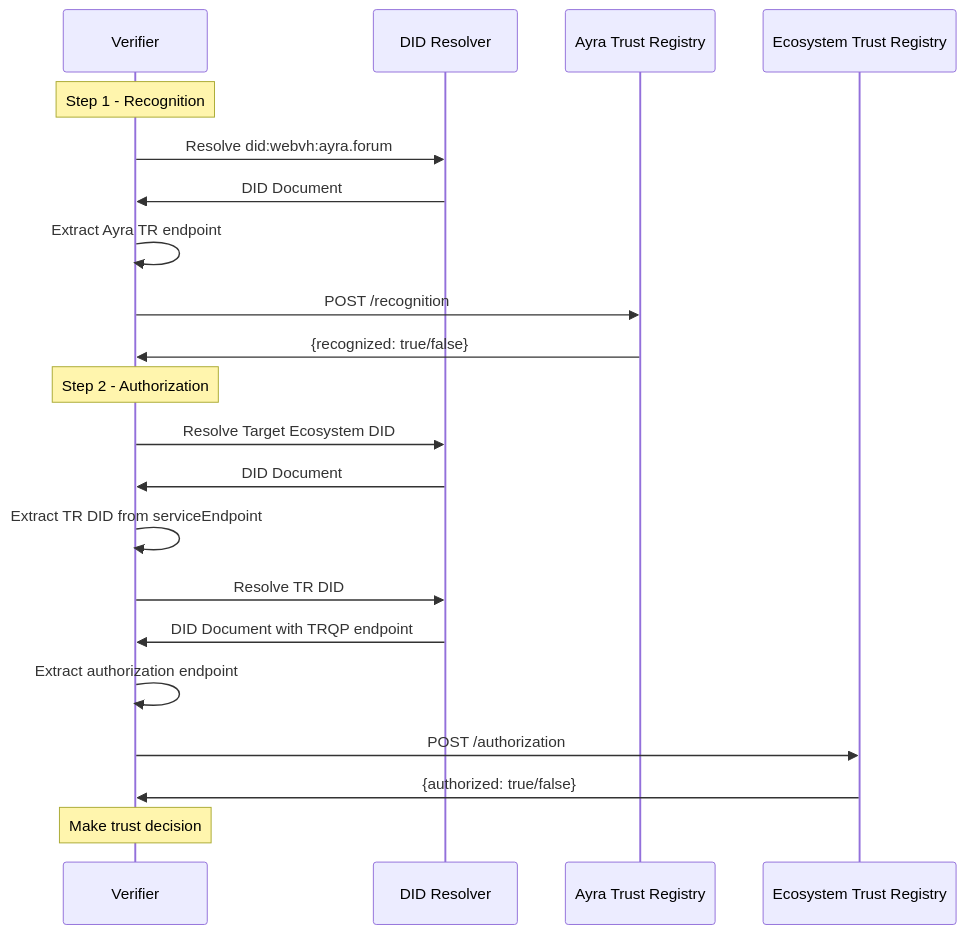
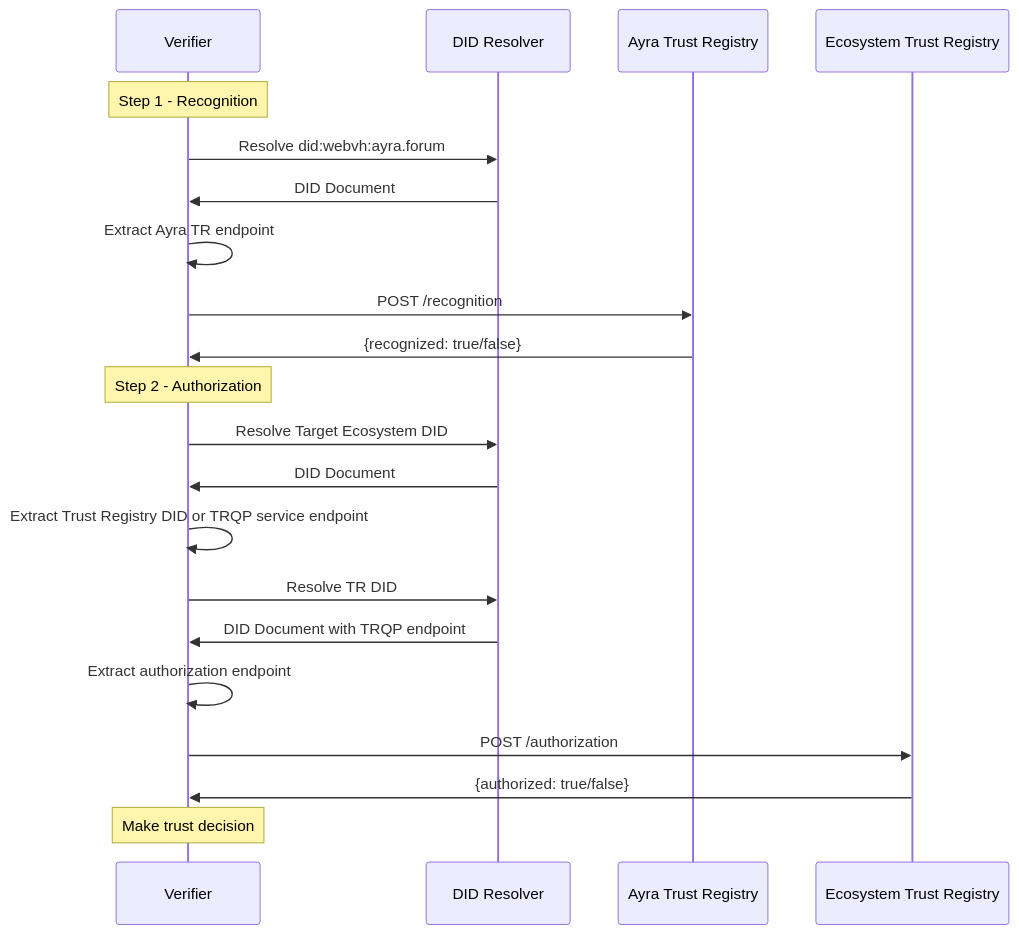
Before and after one commit to ayraforum/ayra-trust-registry-resources: the third of 3 diagrams in guides/implementers_guide.md, drawn with Mermaid. The commit also changed other lines of this file, not shown here.

````diff
--- a/guides/implementers_guide.md
+++ b/guides/implementers_guide.md
@@ -291,29 +324,29 @@
 ```mermaid
 sequenceDiagram
    participant Verifier
    participant DIDRes as DID Resolver
    participant AyraTR as Ayra Trust Registry
    participant EcoTR as Ecosystem Trust Registry
 
    Note over Verifier: Step 1 - Recognition
    Verifier->>DIDRes: Resolve did:webvh:ayra.forum
    DIDRes->>Verifier: DID Document
    Verifier->>Verifier: Extract Ayra TR endpoint
 
    Verifier->>AyraTR: POST /recognition
    AyraTR->>Verifier: {recognized: true/false}
 
    Note over Verifier: Step 2 - Authorization
    Verifier->>DIDRes: Resolve Target Ecosystem DID
    DIDRes->>Verifier: DID Document
-   Verifier->>Verifier: Extract TR DID from serviceEndpoint
+   Verifier->>Verifier: Extract Trust Registry DID or TRQP service endpoint
 
    Verifier->>DIDRes: Resolve TR DID
    DIDRes->>Verifier: DID Document with TRQP endpoint
    Verifier->>Verifier: Extract authorization endpoint
 
    Verifier->>EcoTR: POST /authorization
    EcoTR->>Verifier: {authorized: true/false}
 
    Note over Verifier: Make trust decision
 ```
````
